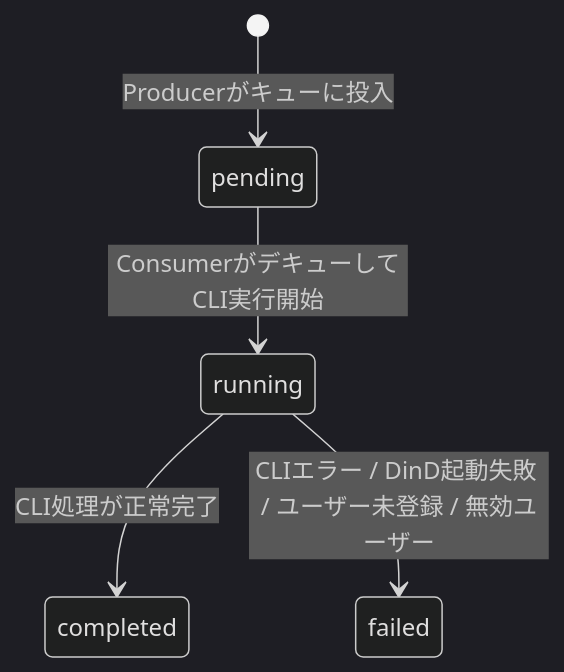
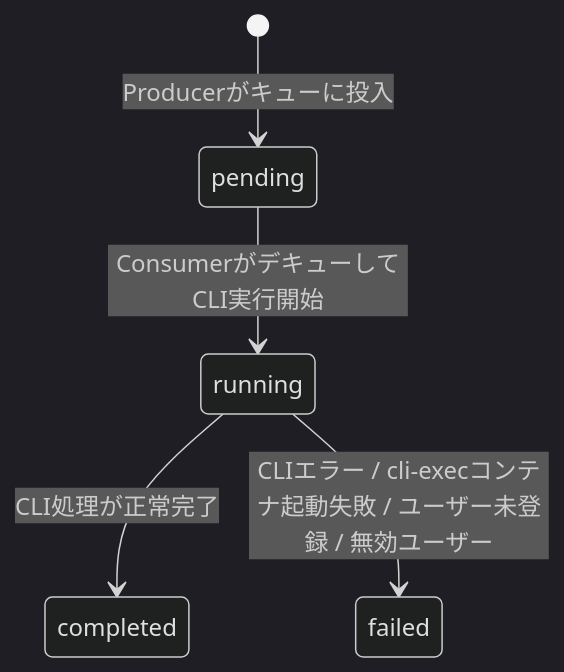
The fifth of 5 diagrams in docs/requirements.md (notfolder/CodingAgentAutomata), drawn with Mermaid (dark theme) before and after one commit. The commit also changed other lines of this file, not shown here.

````diff
--- a/docs/requirements.md
+++ b/docs/requirements.md
@@ -541,7 +797,7 @@
 ```mermaid
 stateDiagram-v2
     [*] --> pending : Producerがキューに投入
     pending --> running : ConsumerがデキューしてCLI実行開始
     running --> completed : CLI処理が正常完了
-    running --> failed : CLIエラー / DinD起動失敗 / ユーザー未登録 / 無効ユーザー
+    running --> failed : CLIエラー / cli-execコンテナ起動失敗 / ユーザー未登録 / 無効ユーザー
 ```
````
